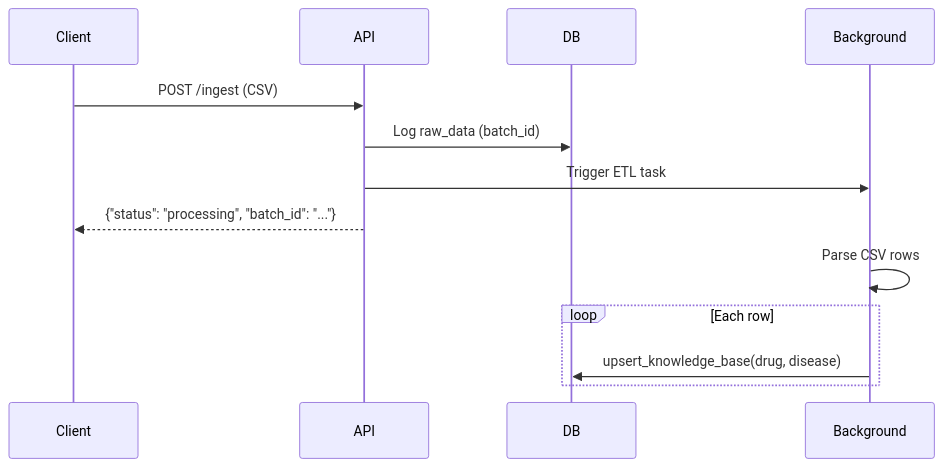
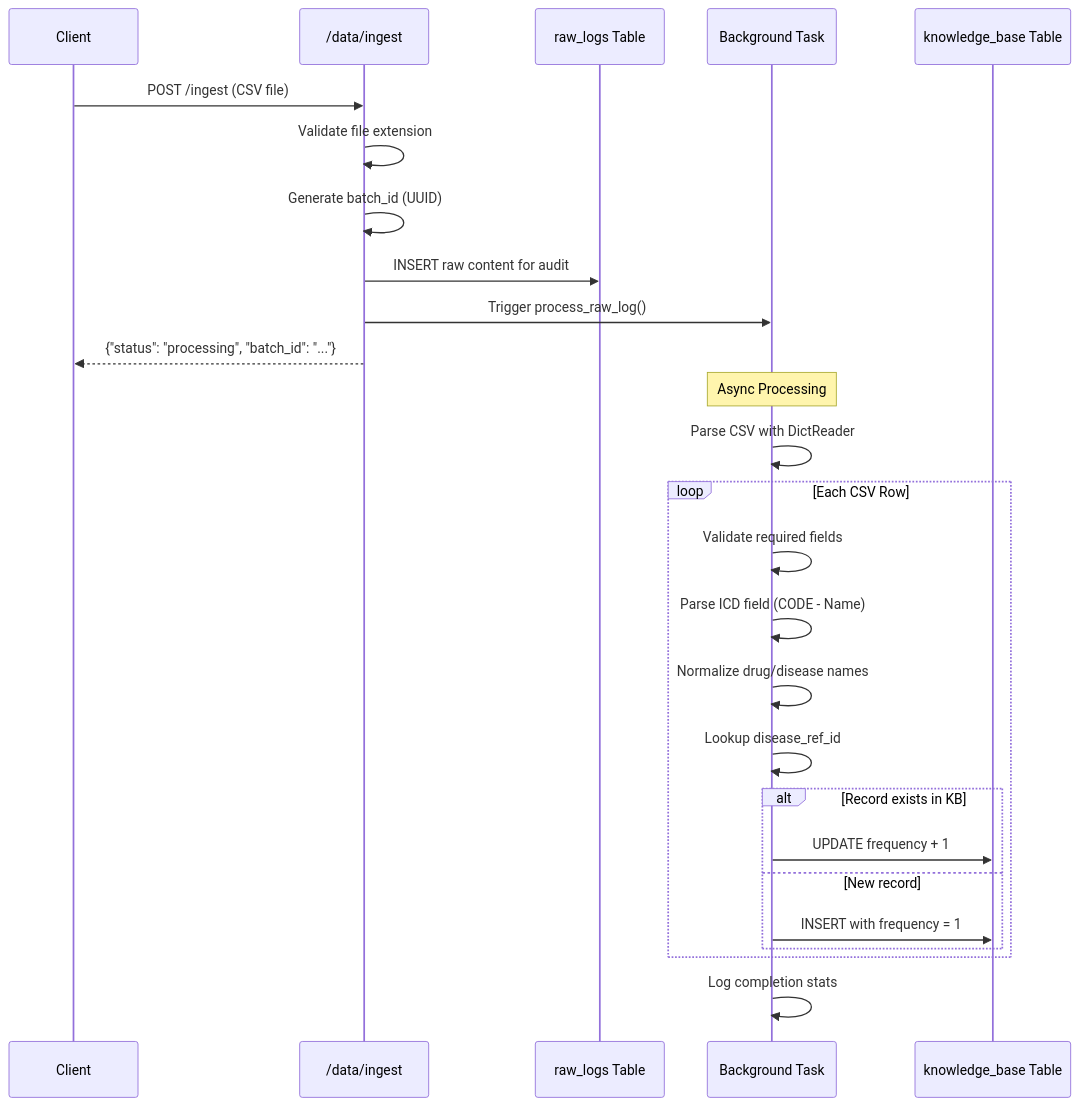
One commit to tranchienrostek-afk/drug_icd_mapping changed the second of 2 diagrams in .ai_planning/framework/API_Specs_Consult_DataManagement.md. Above: the diagram before and after it, drawn with Mermaid. The commit also changed other lines of this file and 34 other files, not shown here.

````diff
--- a/.ai_planning/framework/API_Specs_Consult_DataManagement.md
+++ b/.ai_planning/framework/API_Specs_Consult_DataManagement.md
@@ -119,17 +202,33 @@
 ```mermaid
 sequenceDiagram
     participant Client
-    participant API
-    participant DB
-    participant Background
+    participant API as /data/ingest
+    participant RawLogs as raw_logs Table
+    participant Background as Background Task
+    participant KB as knowledge_base Table
 
-    Client->>API: POST /ingest (CSV)
-    API->>DB: Log raw_data (batch_id)
-    API->>Background: Trigger ETL task
+    Client->>API: POST /ingest (CSV file)
+    API->>API: Validate file extension
+    API->>API: Generate batch_id (UUID)
+    API->>RawLogs: INSERT raw content for audit
+    API->>Background: Trigger process_raw_log()
     API-->>Client: {"status": "processing", "batch_id": "..."}
     
-    Background->>Background: Parse CSV rows
-    loop Each row
-        Background->>DB: upsert_knowledge_base(drug, disease)
+    Note over Background: Async Processing
+    Background->>Background: Parse CSV with DictReader
+    
+    loop Each CSV Row
+        Background->>Background: Validate required fields
+        Background->>Background: Parse ICD field (CODE - Name)
+        Background->>Background: Normalize drug/disease names
+        Background->>Background: Lookup disease_ref_id
+        
+        alt Record exists in KB
+            Background->>KB: UPDATE frequency + 1
+        else New record
+            Background->>KB: INSERT with frequency = 1
+        end
     end
+    
+    Background->>Background: Log completion stats
 ```
````
